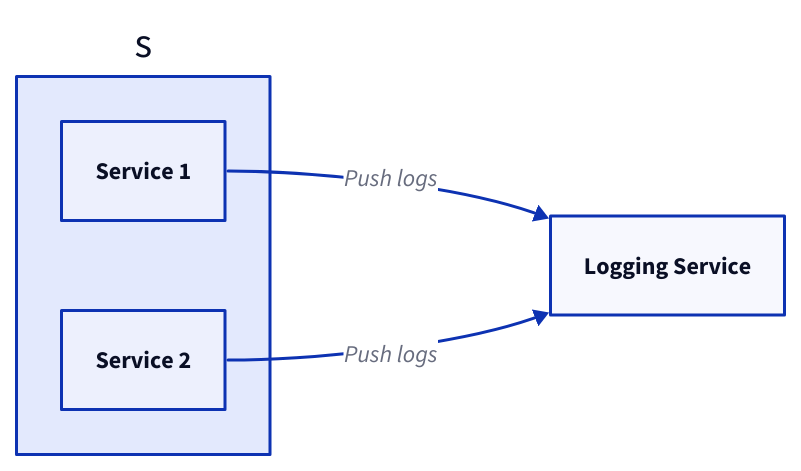
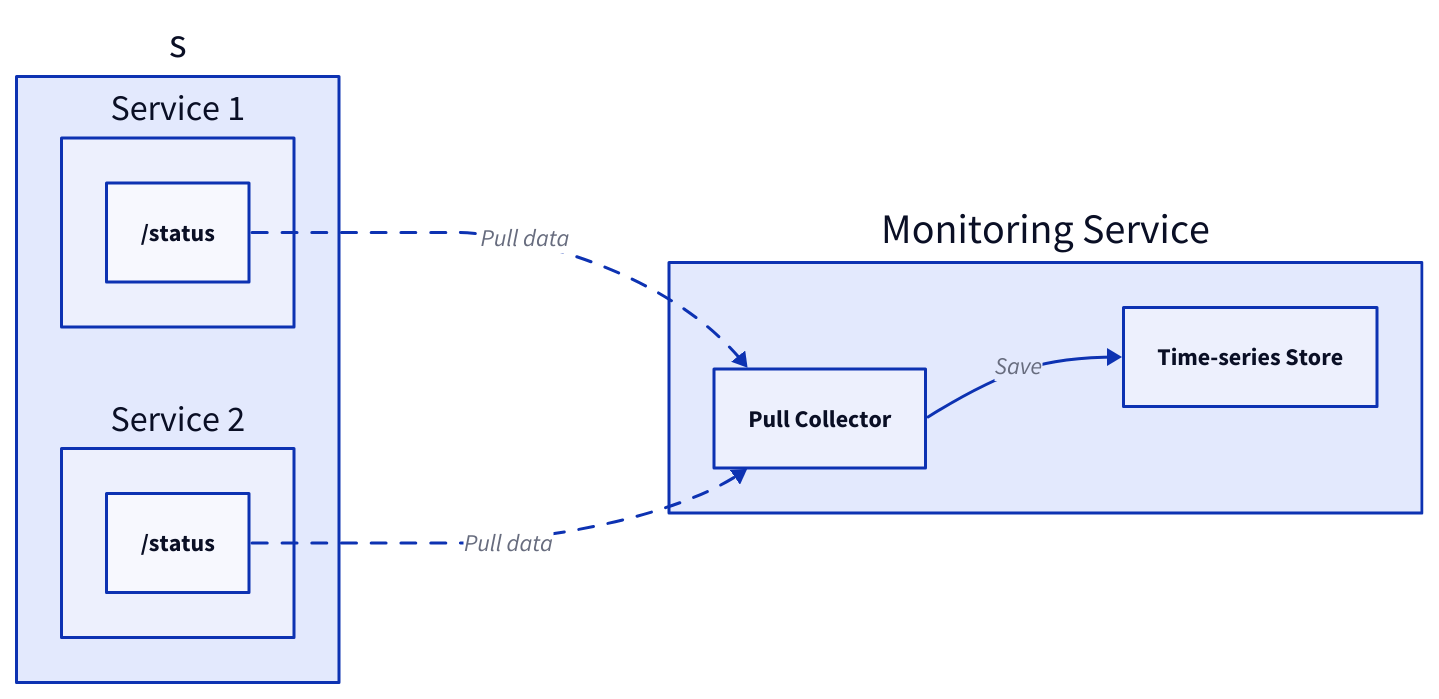
One commit to link1905/system-design-101 changed the fifth of 14 diagrams in content/docs/system-administration/system-monitoring/_index.md. Above: the diagram before and after it, drawn with D2. The commit also changed other lines of this file and 49 other files, not shown here.

````diff
--- a/content/docs/system-administration/system-monitoring/_index.md
+++ b/content/docs/system-administration/system-monitoring/_index.md
@@ -117,17 +311,31 @@
-```d2
-direction: right
-s {
-  class: none
-  s1: Service 1 {
-      class: server
+  ```d2
+  direction: right
+
+  s {
+    class: none
+    s1: Service 1 {
+      i: "/status"
+    }
+    s2: Service 2 {
+      i: "/status"
+    }
   }
-  s2: Service 2 {
-      class: server
+
+  m: Monitoring Service {
+      c: Pull Collector {
+        class: monitor
+      }
+      db: Time-series Store {
+        class: db
+      }
+      c -> db: Save
   }
-}
-m: Logging Service {
-    class: monitor
-}
-s.s1 -> m: Push logs
-s.s2 -> m: Push logs
-```
+
+  s.s1.i -> m.c: Pull data {
+    style.animated: true
+  }
+
+  s.s2.i -> m.c: Pull data {
+    style.animated: true
+  }
+  ```
````
